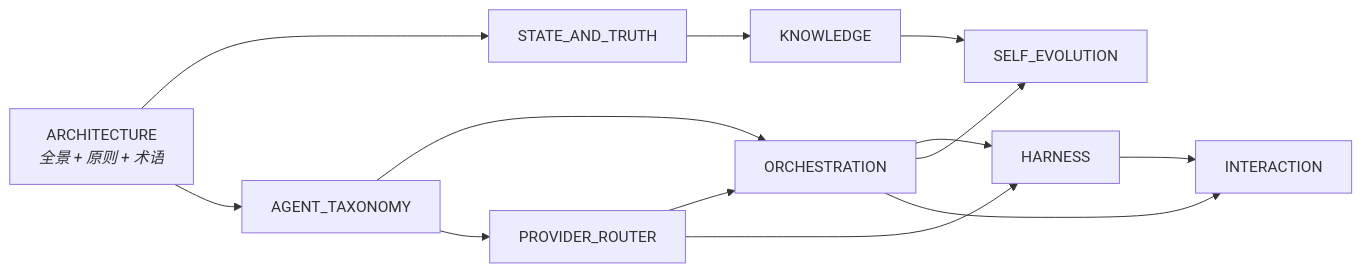
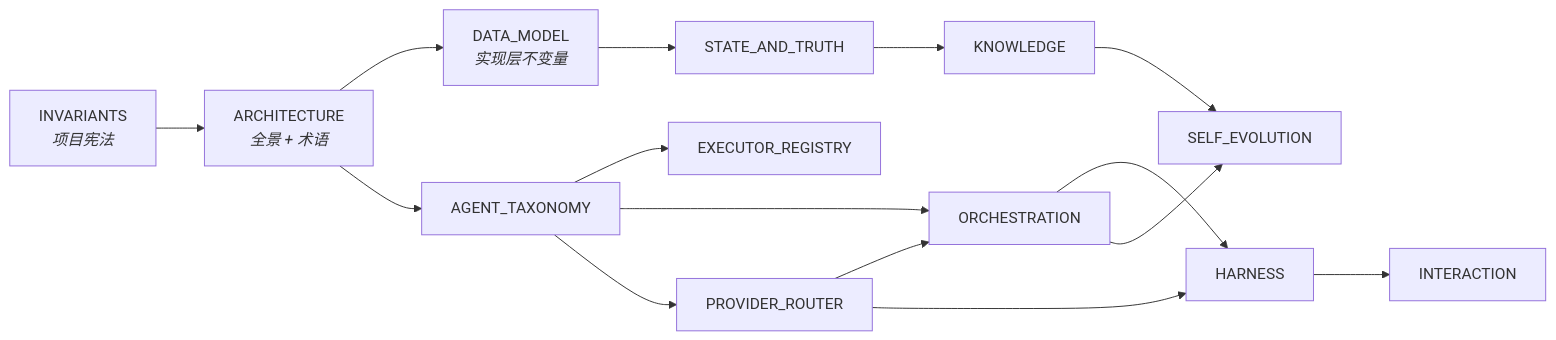
The second of 2 diagrams in docs/design/ARCHITECTURE.md (RocioGinsberg/swallow), drawn with Mermaid before and after one commit. The commit also changed other lines of this file and 12 other files, not shown here.

````diff
--- a/docs/design/ARCHITECTURE.md
+++ b/docs/design/ARCHITECTURE.md
@@ -178,25 +152,30 @@
 ```mermaid
 graph LR
-    ARCH["ARCHITECTURE<br/><i>全景 + 原则 + 术语</i>"]
+    INV["INVARIANTS<br/><i>项目宪法</i>"]
+    ARCH["ARCHITECTURE<br/><i>全景 + 术语</i>"]
+    DM["DATA_MODEL<br/><i>实现层不变量</i>"]
+    AT["AGENT_TAXONOMY"]
+    ER["EXECUTOR_REGISTRY"]
     ST["STATE_AND_TRUTH"]
     KN["KNOWLEDGE"]
-    AT["AGENT_TAXONOMY"]
     PR["PROVIDER_ROUTER"]
     OR["ORCHESTRATION"]
     HA["HARNESS"]
     SE["SELF_EVOLUTION"]
     IA["INTERACTION"]
 
-    ARCH --> ST
+    INV --> ARCH
+    ARCH --> DM
     ARCH --> AT
+    AT --> ER
+    DM --> ST
     ST --> KN
     AT --> OR
     AT --> PR
     PR --> OR
     PR --> HA
     OR --> HA
     KN --> SE
     OR --> SE
     HA --> IA
-    OR --> IA
 ```
````
